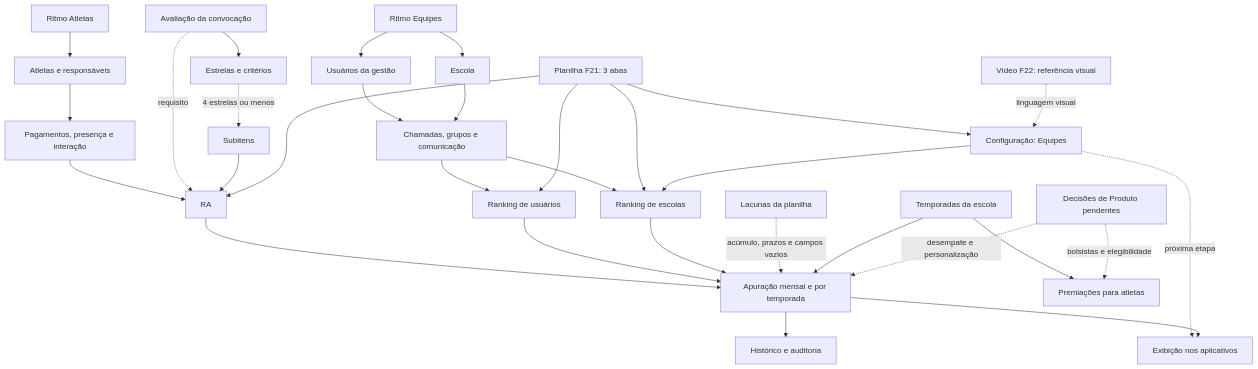
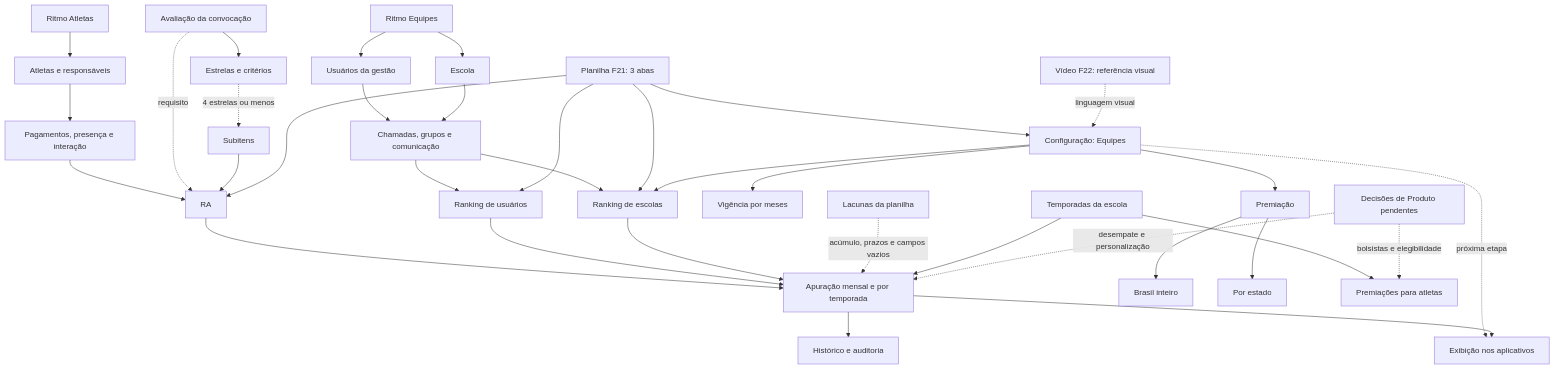
Before and after one commit to giovannafrancisconi-del/ritmo-base-conhecimento: the diagram in 00-Mapa/Grafo-de-conhecimento.md, drawn with Mermaid. The commit also changed other lines of this file and 9 other files, not shown here.

````diff
--- a/00-Mapa/Grafo-de-conhecimento.md
+++ b/00-Mapa/Grafo-de-conhecimento.md
@@ -13,33 +13,37 @@
 ```mermaid
 graph TD
   A["Ritmo Atletas"] --> AT["Atletas e responsáveis"]
   E["Ritmo Equipes"] --> U["Usuários da gestão"]
   E --> ESC["Escola"]
   AT --> OP["Pagamentos, presença e interação"]
   U --> GE["Chamadas, grupos e comunicação"]
   ESC --> GE
   OP --> RA
   AV["Avaliação da convocação"] -. "requisito" .-> RA
   AV --> CR["Estrelas e critérios"]
   CR -. "4 estrelas ou menos" .-> SI["Subitens"]
   SI --> RA
   GE --> RU["Ranking de usuários"]
   GE --> RE["Ranking de escolas"]
   RA --> AP["Apuração mensal e por temporada"]
   RU --> AP
   RE --> AP
   PL["Planilha F21: 3 abas"] --> RA
   PL --> RU
   PL --> RE
   VC["Configuração: Equipes"] --> RE
   PL --> VC
   VR["Vídeo F22: referência visual"] -. "linguagem visual" .-> VC
+  VC --> VG["Vigência por meses"]
+  VC --> PM["Premiação"]
+  PM --> BR["Brasil inteiro"]
+  PM --> UF["Por estado"]
   VC -. "próxima etapa" .-> EX
   LP["Lacunas da planilha"] -. "acúmulo, prazos e campos vazios" .-> AP
   AP --> H["Histórico e auditoria"]
   AP --> EX["Exibição nos aplicativos"]
   T["Temporadas da escola"] --> AP
   T --> PR["Premiações para atletas"]
   P["Decisões de Produto pendentes"] -. "bolsistas e elegibilidade" .-> PR
   P -. "desempate e personalização" .-> AP
 ```
````
